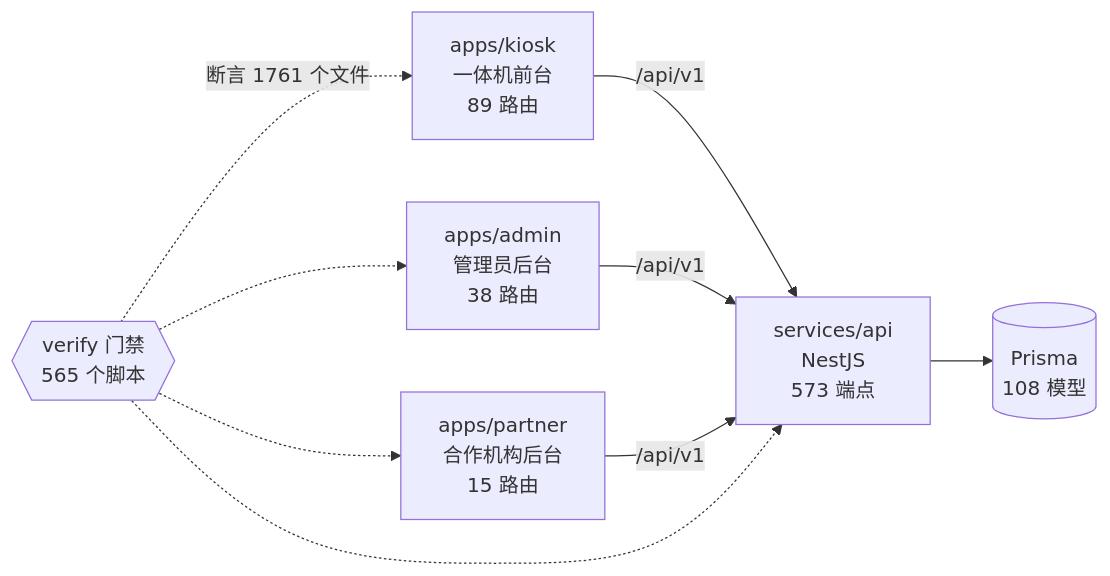
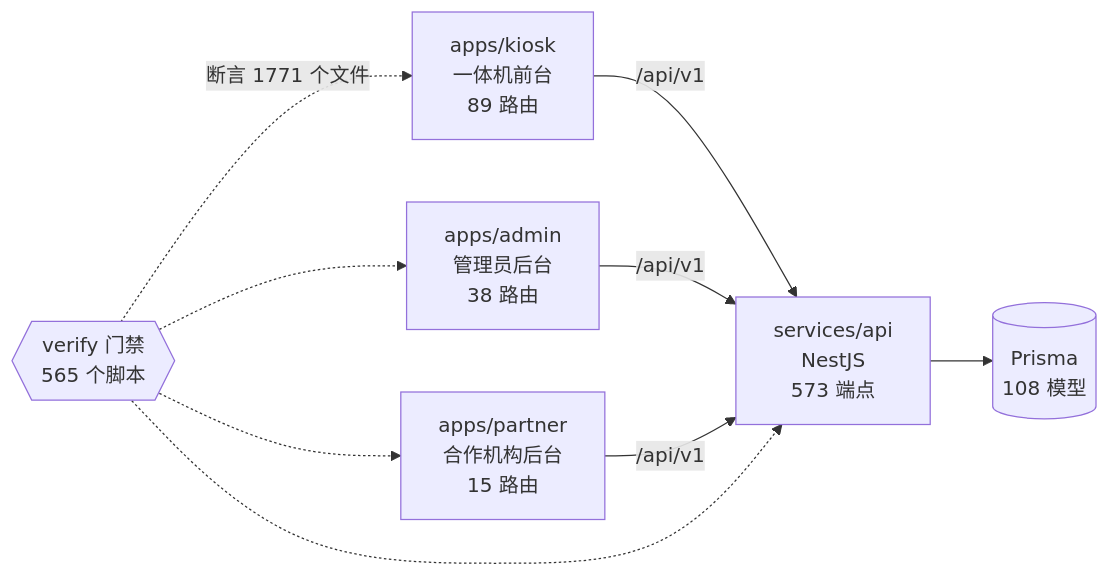
Before and after one commit to wanglei581/YITIJI: the diagram in docs/graph/README.md, drawn with Mermaid. The commit also changed other lines of this file and 1 other file, not shown here.

Commit message:
chore(graph): 第七批合入后重生图谱

````diff
--- a/docs/graph/README.md
+++ b/docs/graph/README.md
@@ -68,18 +68,18 @@
 ```mermaid
 flowchart LR
   kiosk["apps/kiosk<br/>一体机前台<br/>89 路由"]
   admin["apps/admin<br/>管理员后台<br/>38 路由"]
   partner["apps/partner<br/>合作机构后台<br/>15 路由"]
   api["services/api<br/>NestJS<br/>573 端点"]
   db[("Prisma<br/>108 模型")]
   gates{{"verify 门禁<br/>565 个脚本"}}
 
   kiosk -->|"/api/v1"| api
   admin -->|"/api/v1"| api
   partner -->|"/api/v1"| api
   api --> db
-  gates -.->|"断言 1761 个文件"| kiosk
+  gates -.->|"断言 1771 个文件"| kiosk
   gates -.-> admin
   gates -.-> partner
   gates -.-> api
 ```
````
